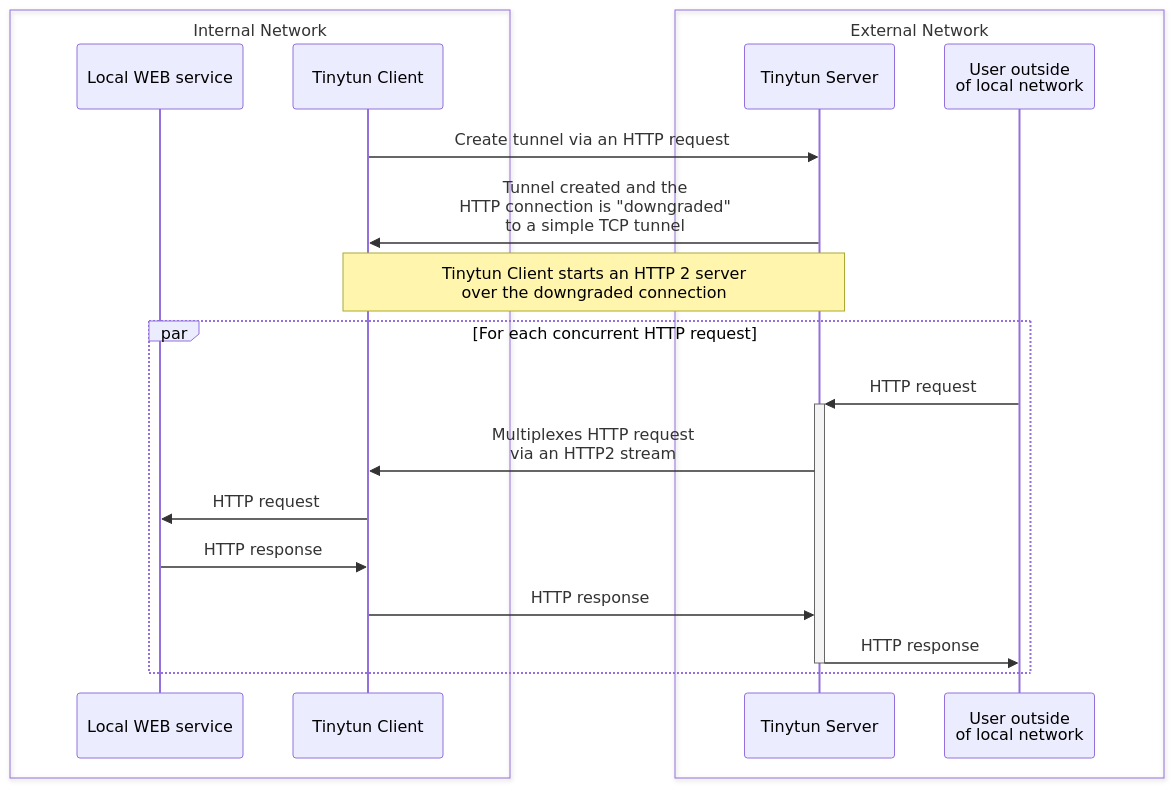
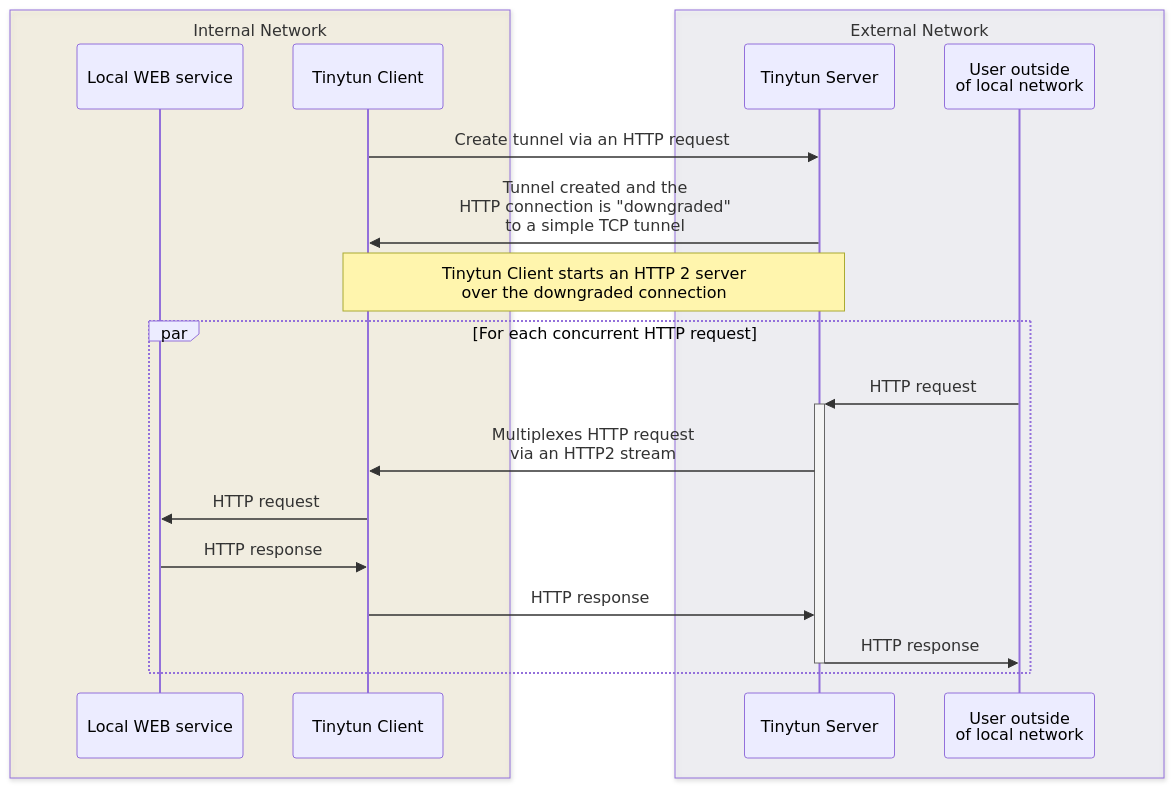
Before and after one commit to reu/tinytun: the diagram in README.md, drawn with Mermaid.

````diff
--- a/README.md
+++ b/README.md
@@ -4,31 +4,31 @@
 ```mermaid
 sequenceDiagram
 
 participant Local WEB service
 participant TinytunClient as Tinytun Client
 participant TinytunServer as Tinytun Server
 participant User as User outside<br/>of local network
 
-box transparent Internal Network
+box rgba(255,240,200,0.3) Internal Network
     participant Local WEB service
     participant TinytunClient
 end
 
-box transparent External Network
+box rgba(240,240,255,0.3) External Network
     participant TinytunServer
     participant User
 end
 
 TinytunClient->>TinytunServer: Create tunnel via an HTTP request
 TinytunServer->>TinytunClient: Tunnel created and the<br/>HTTP connection is "downgraded"<br/>to a simple TCP tunnel
 note over TinytunClient,TinytunServer: Tinytun Client starts an HTTP 2 server<br/>over the downgraded connection
 
 par For each concurrent HTTP request
     User->>+TinytunServer: HTTP request
     TinytunServer->>TinytunClient: Multiplexes HTTP request<br/>via an HTTP2 stream
     TinytunClient->>Local WEB service: HTTP request
     Local WEB service->>TinytunClient: HTTP response
     TinytunClient->>TinytunServer: HTTP response
     TinytunServer->>-User: HTTP response
 end
 ```
````
